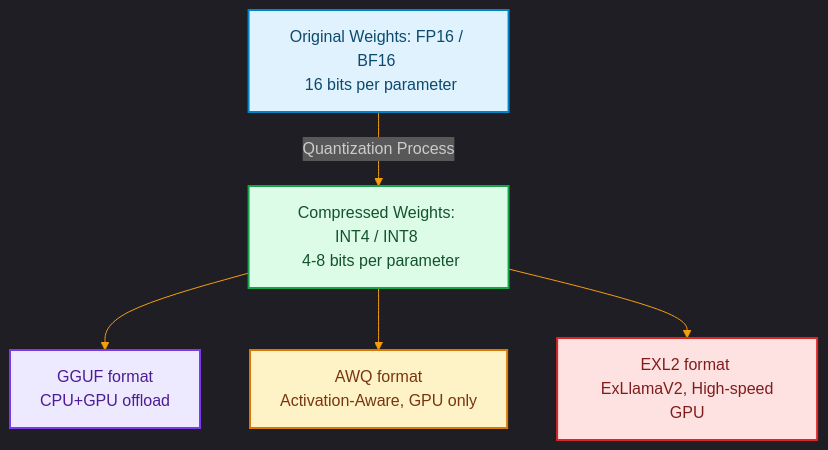
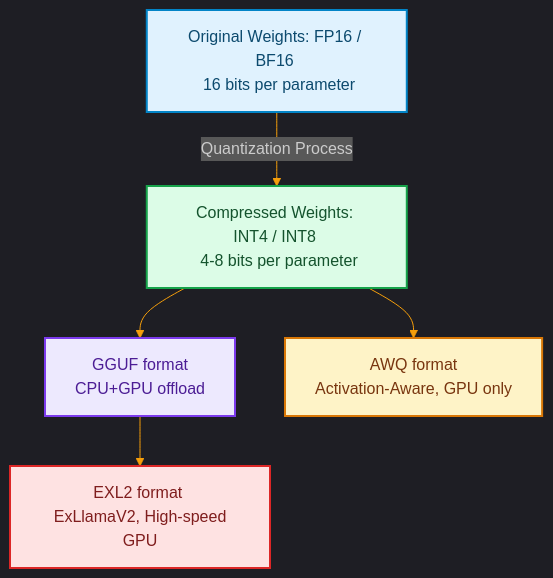
One commit to akmalkhaniub/akmalkhaniub.github.io changed the diagram in blog/posts/local-llm-gguf-exl2-awq-quantization.md. Above: the diagram before and after it, drawn with Mermaid. The commit also changed other lines of this file and 894 other files, not shown here.

Commit message:
feat(blog): upgrade all 444 posts with unique staggered dates, 2-col Mermaid spines, benchmark tables, code blocks, and trade-offs

````diff
--- a/blog/posts/local-llm-gguf-exl2-awq-quantization.md
+++ b/blog/posts/local-llm-gguf-exl2-awq-quantization.md
@@ -13,19 +13,19 @@
 ```mermaid
 %%{init: {'theme': 'dark', 'themeVariables': { 'primaryColor': '#f59e0b', 'primaryTextColor': '#f3f4f6', 'primaryBorderColor': '#fbbf24', 'lineColor': '#f59e0b', 'secondaryColor': '#111827', 'tertiaryColor': '#0b0f19'}}}%%
 flowchart TD
     FP16["Original Weights: FP16 / BF16 <br> 16 bits per parameter"] -->|Quantization Process| INT4["Compressed Weights: INT4 / INT8 <br> 4-8 bits per parameter"]
     INT4 --> GGUF["GGUF format <br> CPU+GPU offload"]
     INT4 --> AWQ["AWQ format <br> Activation-Aware, GPU only"]
-    INT4 --> EXL2["EXL2 format <br> ExLlamaV2, High-speed GPU"]
+    GGUF --> EXL2["EXL2 format <br> ExLlamaV2, High-speed GPU"]
 
 classDef green fill:#dcfce7,stroke:#16a34a,stroke-width:2px,color:#14532d;
 classDef red fill:#fee2e2,stroke:#dc2626,stroke-width:2px,color:#7f1d1d;
 classDef blue fill:#e0f2fe,stroke:#0284c7,stroke-width:2px,color:#0c4a6e;
 classDef yellow fill:#fef3c7,stroke:#d97706,stroke-width:2px,color:#78350f;
 classDef purple fill:#ede9fe,stroke:#7c3aed,stroke-width:2px,color:#4c1d95;
 class FP16 blue
 class INT4 green
 class GGUF purple
 class AWQ yellow
 class EXL2 red
 ```
````
